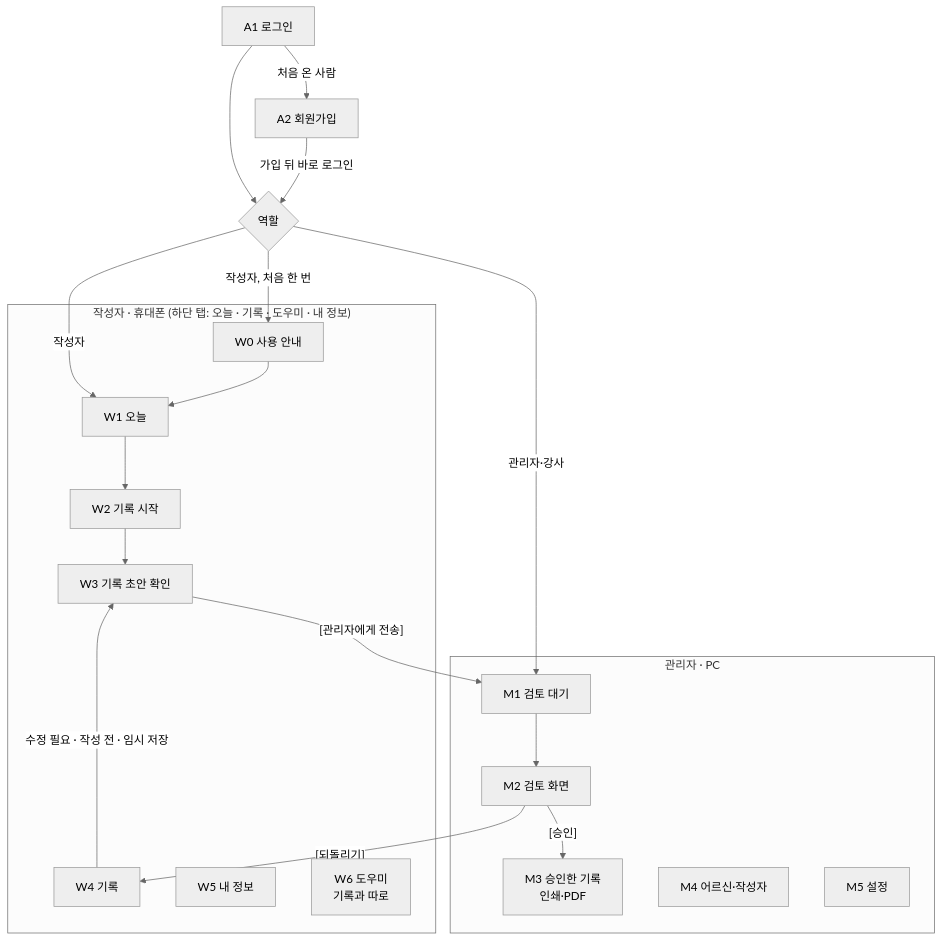
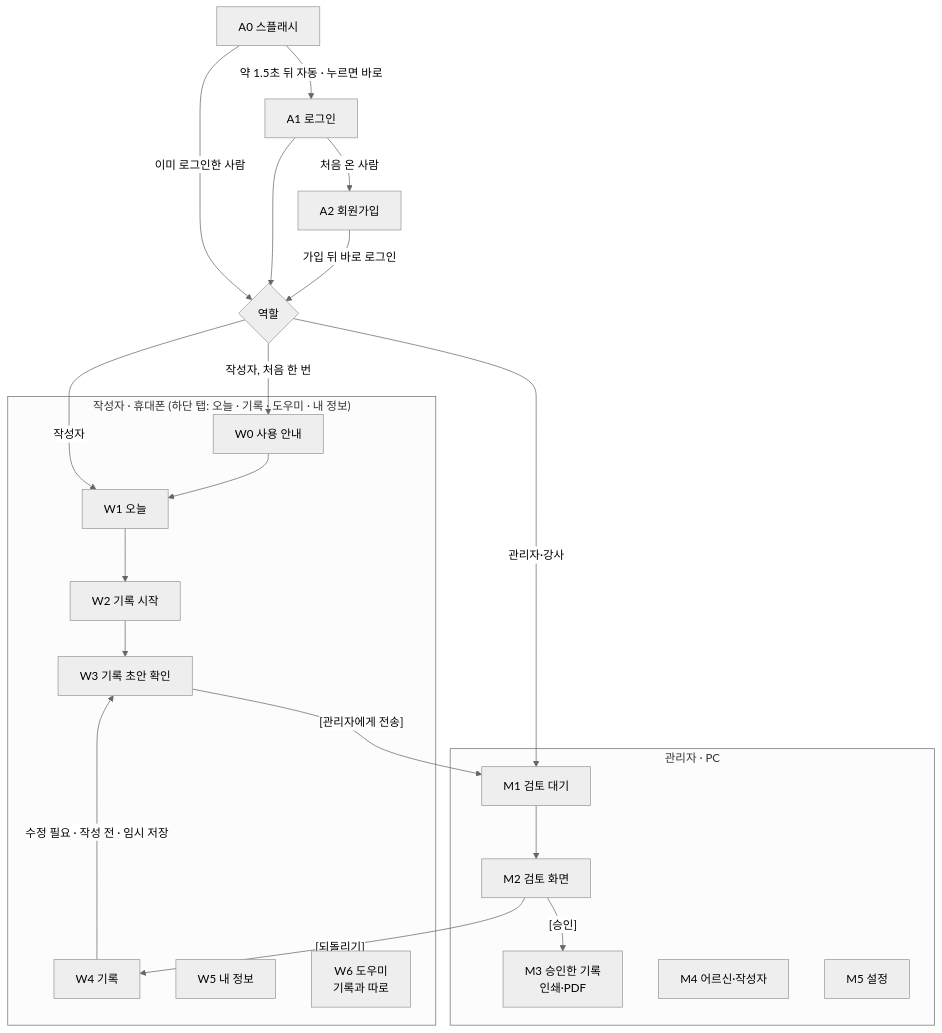
One commit to 2dion/CareBridge changed the diagram in 문서/설계/화면-v1.3.md. Above: the diagram before and after it, drawn with Mermaid (neutral theme). The commit also changed other lines of this file and 10 other files, not shown here.

````diff
--- a/문서/설계/화면-v1.3.md
+++ b/문서/설계/화면-v1.3.md
@@ -74,25 +75,27 @@
 ```mermaid
 flowchart TD
-  A1["A1 로그인"] -->|"처음 온 사람"| A2["A2 회원가입"]
+  A0["A0 스플래시"] -->|"약 1.5초 뒤 자동 · 누르면 바로"| A1["A1 로그인"]
+  A0 -->|"이미 로그인한 사람"| ROLE
+  A1 -->|"처음 온 사람"| A2["A2 회원가입"]
   A1 --> ROLE{"역할"}
   A2 -->|"가입 뒤 바로 로그인"| ROLE
   ROLE -->|"작성자, 처음 한 번"| W0["W0 사용 안내"]
   ROLE -->|작성자| W1
   ROLE -->|"관리자·강사"| M1
   subgraph worker["작성자 · 휴대폰 (하단 탭: 오늘 · 기록 · 도우미 · 내 정보)"]
     W0 --> W1["W1 오늘"]
     W1 --> W2["W2 기록 시작"]
     W2 --> W3["W3 기록 초안 확인"]
     W4["W4 기록"] -->|"수정 필요 · 작성 전 · 임시 저장"| W3
     W5["W5 내 정보"]
     W6["W6 도우미<br/>기록과 따로"]
   end
   subgraph reviewer["관리자 · PC"]
     M1["M1 검토 대기"] --> M2["M2 검토 화면"]
     M2 -->|"[승인]"| M3["M3 승인한 기록<br/>인쇄·PDF"]
     M4["M4 어르신·작성자"]
     M5["M5 설정"]
   end
   W3 -->|"[관리자에게 전송]"| M1
   M2 -->|"[되돌리기]"| W4
 ```
````
